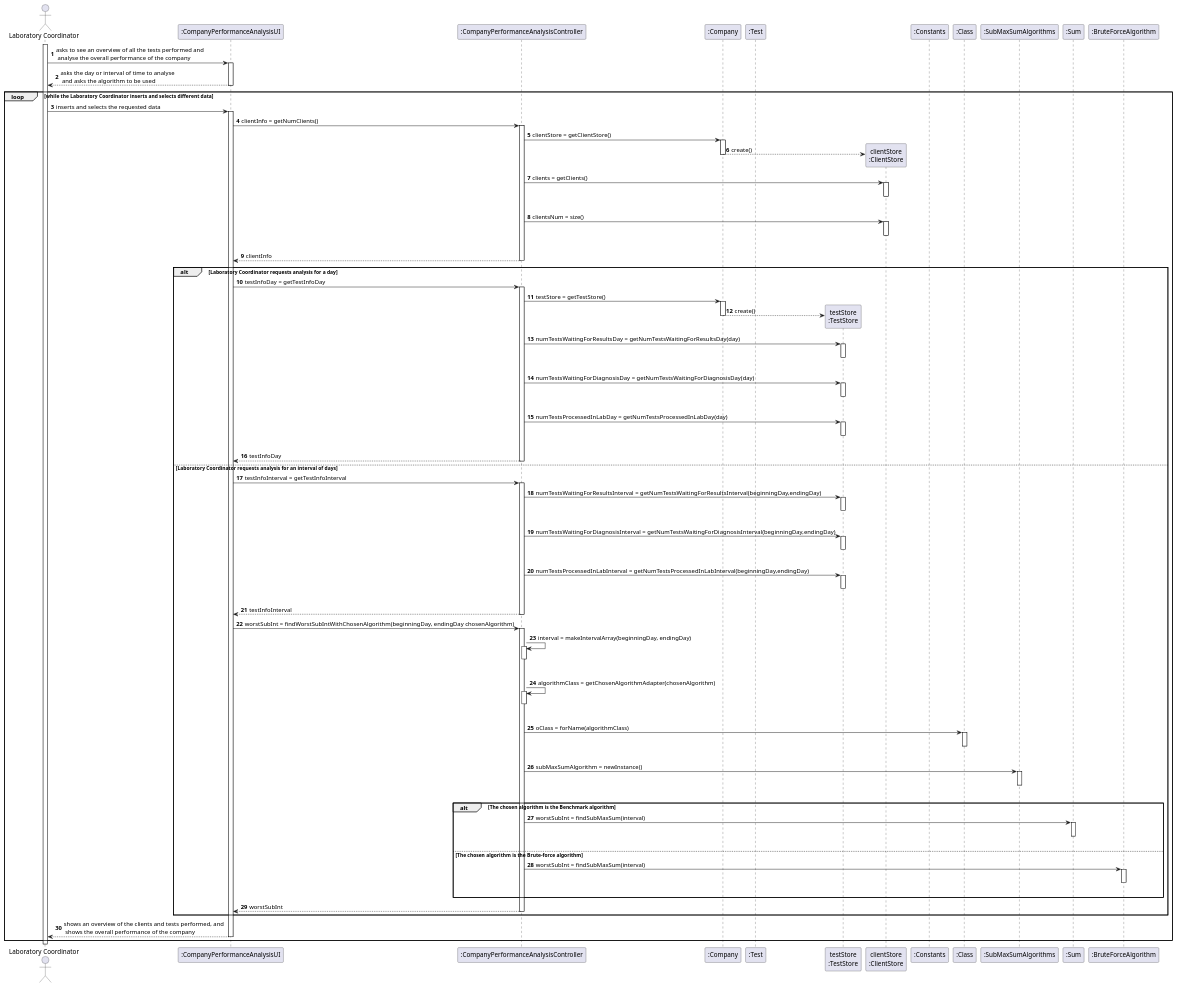
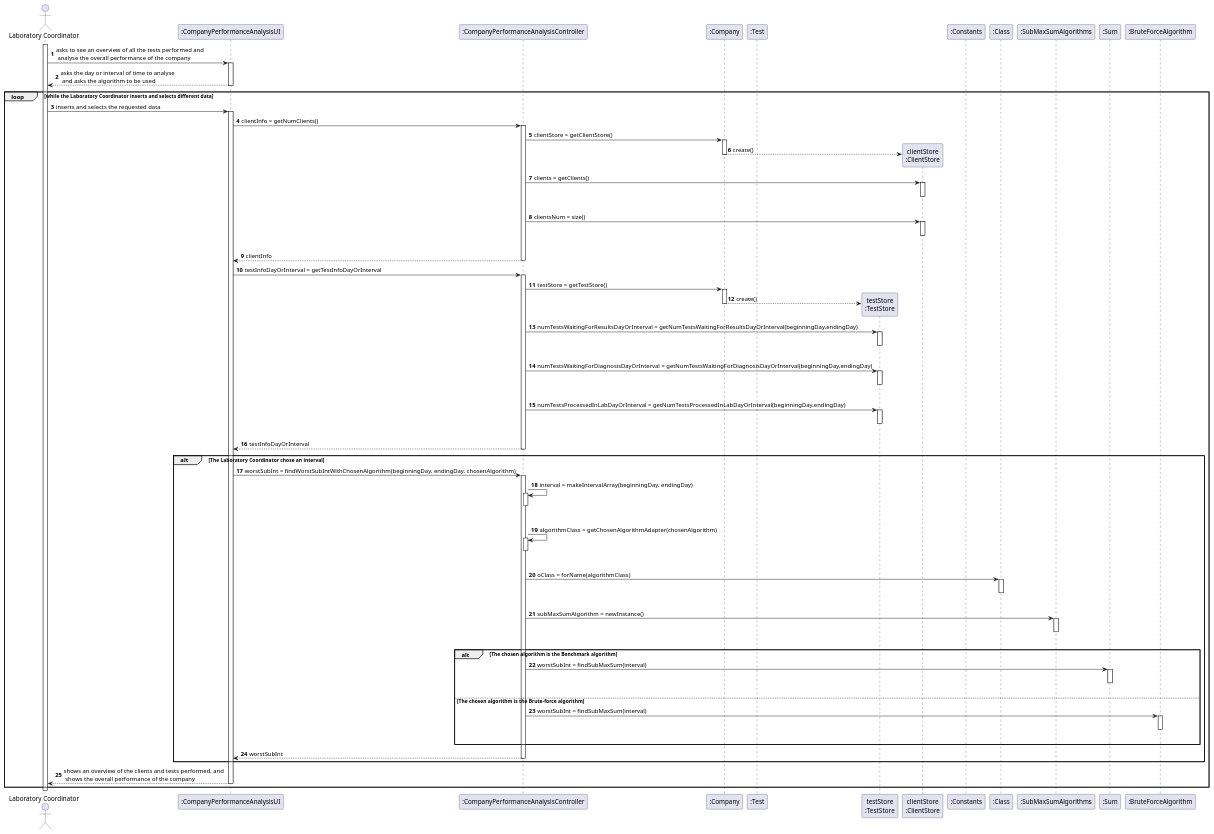
One commit to ana-albergaria/LAPR2-ISEP changed the diagram in docs/SprintD/US_16/US16_SD.puml. Above: the diagram before and after it, drawn with PlantUML. The commit also changed 10 other files, not shown here.

Commit message:
Updated US16 Diagrams and Updated US16 Code.

```diff
--- a/docs/SprintD/US_16/US16_SD.puml
+++ b/docs/SprintD/US_16/US16_SD.puml
@@ -1,140 +1,119 @@
 @startuml
 autonumber
 actor "Laboratory Coordinator" as LC
 
 participant ":CompanyPerformanceAnalysisUI" as UI
 participant ":CompanyPerformanceAnalysisController" as CTRL
 participant ":Company" as CMP
 participant ":Test" as TST
 participant "testStore\n:TestStore" as TSTSTORE
 participant "clientStore\n:ClientStore" as CLTSTORE
 participant ":Constants" as CST
 participant ":Class" as CL
 participant ":SubMaxSumAlgorithms" as SMSA
 participant ":Sum" as SUM
 participant ":BruteForceAlgorithm" as BFA
 
 activate LC
 LC -> UI : asks to see an overview of all the tests performed and \n analyse the overall performance of the company
 activate UI
 UI --> LC : asks the day or interval of time to analyse \n and asks the algorithm to be used
 deactivate UI
 
 loop while the Laboratory Coordinator inserts and selects different data
 LC -> UI : inserts and selects the requested data
 activate UI
 
 UI -> CTRL : clientInfo = getNumClients()
 activate CTRL
 
 CTRL -> CMP : clientStore = getClientStore()
 activate CMP
 CMP --> CLTSTORE** : create()
 deactivate CMP
 CTRL -> CLTSTORE : clients = getClients()
 activate CLTSTORE
 |||
 deactivate CLTSTORE
 CTRL -> CLTSTORE : clientsNum = size()
 activate CLTSTORE
 |||
 deactivate CLTSTORE
 
 CTRL --> UI : clientInfo
 deactivate CTRL
 
-alt Laboratory Coordinator requests analysis for a day
-
-UI -> CTRL : testInfoDay = getTestInfoDay
+UI -> CTRL : testInfoDayOrInterval = getTestInfoDayOrInterval
 activate CTRL
 
 CTRL -> CMP : testStore = getTestStore()
 activate CMP
 CMP --> TSTSTORE** : create()
 deactivate CMP
-CTRL -> TSTSTORE : numTestsWaitingForResultsDay = getNumTestsWaitingForResultsDay(day)
+CTRL -> TSTSTORE : numTestsWaitingForResultsDayOrInterval = getNumTestsWaitingForResultsDayOrInterval(beginningDay,endingDay)
 activate TSTSTORE
 |||
 deactivate TSTSTORE
-CTRL -> TSTSTORE : numTestsWaitingForDiagnosisDay = getNumTestsWaitingForDiagnosisDay(day)
+CTRL -> TSTSTORE : numTestsWaitingForDiagnosisDayOrInterval = getNumTestsWaitingForDiagnosisDayOrInterval(beginningDay,endingDay)
 activate TSTSTORE
 |||
 deactivate TSTSTORE
-CTRL -> TSTSTORE : numTestsProcessedInLabDay = getNumTestsProcessedInLabDay(day)
+CTRL -> TSTSTORE : numTestsProcessedInLabDayOrInterval = getNumTestsProcessedInLabDayOrInterval(beginningDay,endingDay)
 activate TSTSTORE
 |||
 deactivate TSTSTORE
 
-CTRL --> UI : testInfoDay
+CTRL --> UI : testInfoDayOrInterval
 deactivate CTRL
 
-else Laboratory Coordinator requests analysis for an interval of days
+alt The Laboratory Coordinator chose an interval
 
-UI -> CTRL : testInfoInterval = getTestInfoInterval
-activate CTRL
-
-CTRL -> TSTSTORE : numTestsWaitingForResultsInterval = getNumTestsWaitingForResultsInterval(beginningDay,endingDay)
-activate TSTSTORE
-|||
-deactivate TSTSTORE
-CTRL -> TSTSTORE : numTestsWaitingForDiagnosisInterval = getNumTestsWaitingForDiagnosisInterval(beginningDay,endingDay)
-activate TSTSTORE
-|||
-deactivate TSTSTORE
-CTRL -> TSTSTORE : numTestsProcessedInLabInterval = getNumTestsProcessedInLabInterval(beginningDay,endingDay)
-activate TSTSTORE
-|||
-deactivate TSTSTORE
-
-CTRL --> UI : testInfoInterval
-deactivate CTRL
-
-UI -> CTRL : worstSubInt = findWorstSubIntWithChosenAlgorithm(beginningDay, endingDay chosenAlgorithm)
+UI -> CTRL : worstSubInt = findWorstSubIntWithChosenAlgorithm(beginningDay, endingDay, chosenAlgorithm)
 activate CTRL
 
 CTRL -> CTRL : interval = makeIntervalArray(beginningDay, endingDay)
 activate CTRL
 |||
 deactivate CTRL
 
 CTRL -> CTRL : algorithmClass = getChosenAlgorithmAdapter(chosenAlgorithm)
 activate CTRL
 |||
 deactivate CTRL
 
 CTRL -> CL : oClass = forName(algorithmClass)
 activate CL
 |||
 deactivate CL
 
 CTRL -> SMSA : subMaxSumAlgorithm = newInstance()
 activate SMSA
 |||
 deactivate SMSA
 
 alt The chosen algorithm is the Benchmark algorithm
 
 CTRL -> SUM : worstSubInt = findSubMaxSum(interval)
 activate SUM
 |||
 deactivate SUM
 
 else The chosen algorithm is the Brute-force algorithm
 
 CTRL -> BFA : worstSubInt = findSubMaxSum(interval)
 activate BFA
 |||
 deactivate BFA
 
 end
 
 CTRL --> UI : worstSubInt
 deactivate CTRL
 
 end
 
 UI --> LC : shows an overview of the clients and tests performed, and \n shows the overall performance of the company
 deactivate UI
 end
 
 @enduml
```
